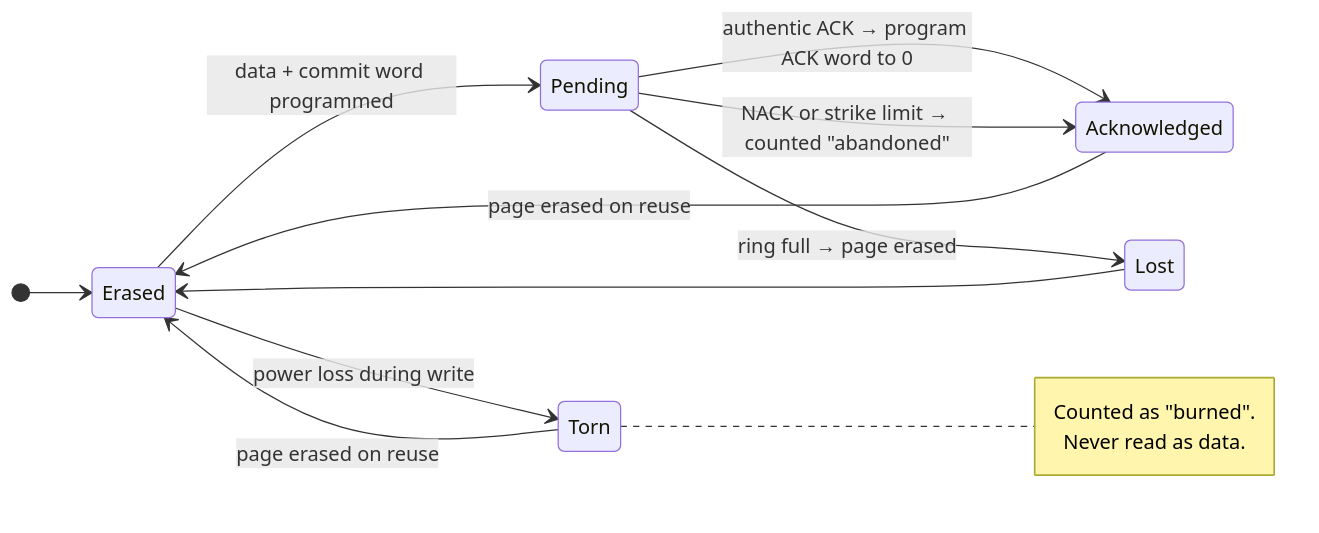
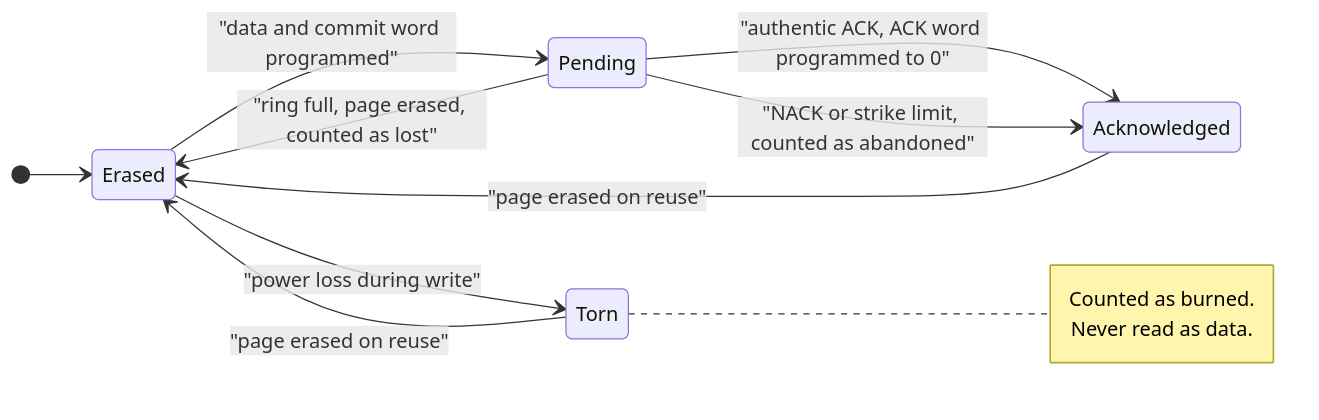
The fifth of 22 diagrams in docs/protocol-stack.md (clintecker/weather-station-2026), drawn with Mermaid before and after one commit. The commit also changed other lines of this file and 25 other files, not shown here.

First line of the commit message:
Docs: Mermaid diagrams, no insider jargon, stale figures corrected

````diff
--- a/docs/protocol-stack.md
+++ b/docs/protocol-stack.md
@@ -230,17 +263,16 @@
 ```mermaid
 stateDiagram-v2
   direction LR
   [*] --> Erased
-  Erased --> Torn: power loss during write
-  Erased --> Pending: data + commit word programmed
-  Pending --> Acknowledged: authentic ACK → program ACK word to 0
-  Pending --> Lost: ring full → page erased
-  Pending --> Acknowledged: NACK or strike limit → counted "abandoned"
-  Acknowledged --> Erased: page erased on reuse
-  Torn --> Erased: page erased on reuse
-  Lost --> Erased
+  Erased --> Torn: "power loss during write"
+  Erased --> Pending: "data and commit word programmed"
+  Pending --> Acknowledged: "authentic ACK, ACK word programmed to 0"
+  Pending --> Acknowledged: "NACK or strike limit, counted as abandoned"
+  Pending --> Erased: "ring full, page erased, counted as lost"
+  Acknowledged --> Erased: "page erased on reuse"
+  Torn --> Erased: "page erased on reuse"
   note right of Torn
-    Counted as "burned".
+    Counted as burned.
     Never read as data.
   end note
 ```
````
